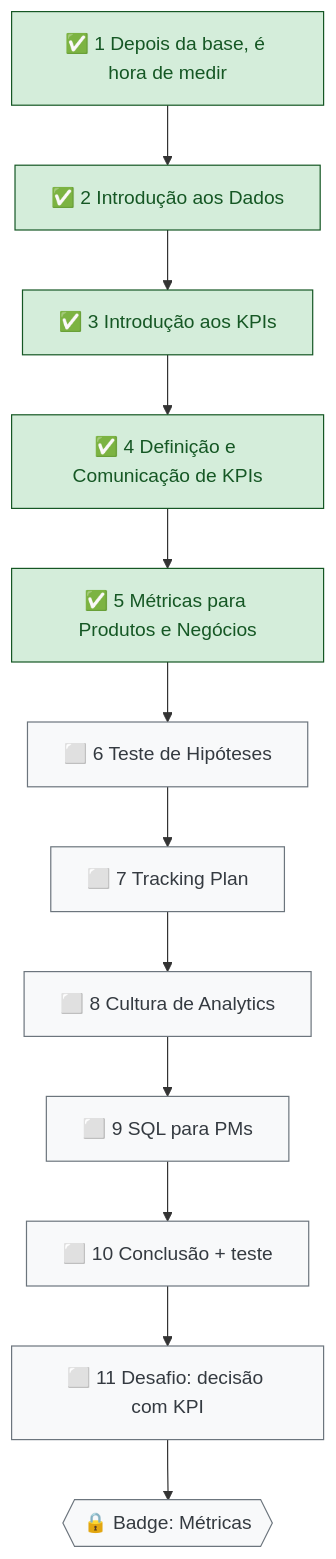
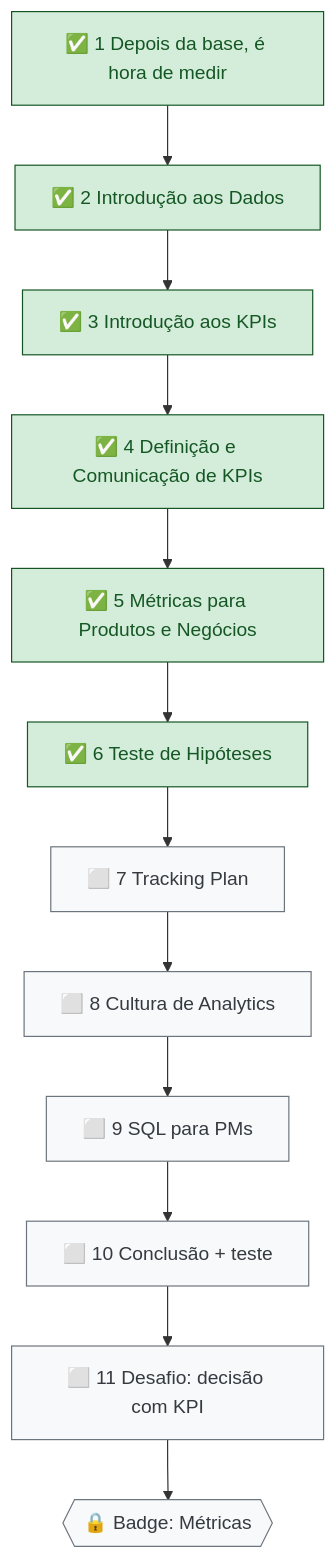
One commit to letsprown-code/po-learning-journal changed the third of 3 diagrams in mapa-de-estudos.md. Above: the diagram before and after it, drawn with Mermaid. The commit also changed other lines of this file and 3 other files, not shown here.

First line of the commit message:
DPL 02 aula 6: Teste de Hipóteses (nota, glossário, mapa)

```diff
--- a/mapa-de-estudos.md
+++ b/mapa-de-estudos.md
@@ -104,12 +104,12 @@
 ~~~mermaid
 flowchart TD
     N1["✅ 1 Depois da base, é hora de medir"] --> N2["✅ 2 Introdução aos Dados"] --> N3["✅ 3 Introdução aos KPIs"]
-    N3 --> N4["✅ 4 Definição e Comunicação de KPIs"] --> N5["✅ 5 Métricas para Produtos e Negócios"] --> N6["⬜ 6 Teste de Hipóteses"]
+    N3 --> N4["✅ 4 Definição e Comunicação de KPIs"] --> N5["✅ 5 Métricas para Produtos e Negócios"] --> N6["✅ 6 Teste de Hipóteses"]
     N6 --> N7["⬜ 7 Tracking Plan"] --> N8["⬜ 8 Cultura de Analytics"] --> N9["⬜ 9 SQL para PMs"]
     N9 --> N10["⬜ 10 Conclusão + teste"] --> N11["⬜ 11 Desafio: decisão com KPI"]
     N11 --> B2{{"🔒 Badge: Métricas"}}
     classDef done fill:#d4edda,stroke:#155724,color:#155724
     classDef todo fill:#f8f9fa,stroke:#6c757d,color:#343a40
-    class N1,N2,N3,N4,N5 done
-    class N6,N7,N8,N9,N10,N11,B2 todo
+    class N1,N2,N3,N4,N5,N6 done
+    class N7,N8,N9,N10,N11,B2 todo
 ~~~
```
